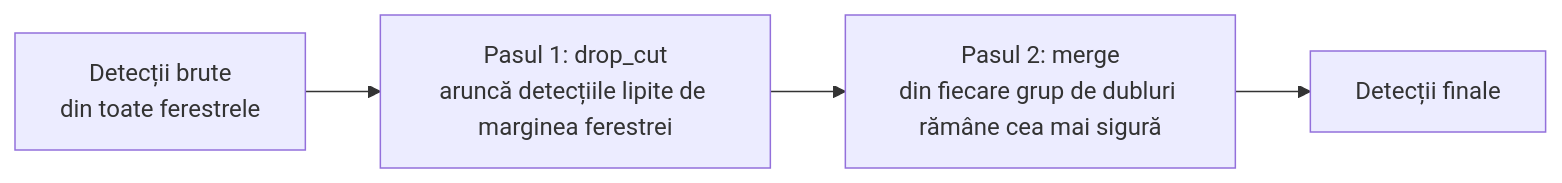
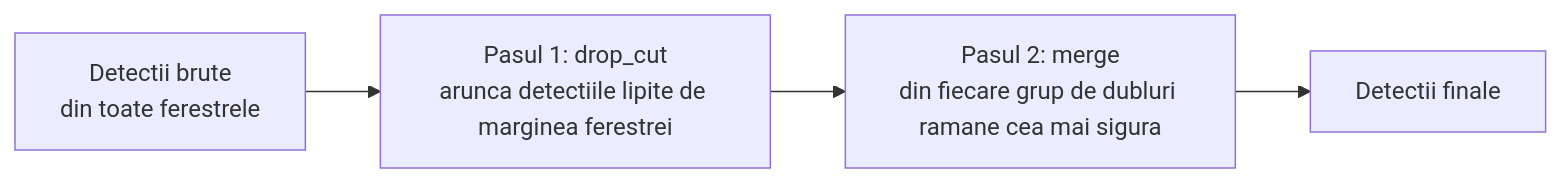
Before and after one commit to zaha27/pi-p: the diagram in docs/pipeline/07-fuziunea-detectiilor.md, drawn with Mermaid. The commit also changed other lines of this file and 57 other files, not shown here.

````diff
--- a/docs/pipeline/07-fuziunea-detectiilor.md
+++ b/docs/pipeline/07-fuziunea-detectiilor.md
@@ -14,9 +14,9 @@
 ```mermaid
 flowchart LR
-    A["Detecții brute
+    A["Detectii brute
 din toate ferestrele"] --> B["Pasul 1: drop_cut
-aruncă detecțiile lipite de marginea ferestrei"]
+arunca detectiile lipite de marginea ferestrei"]
     B --> C["Pasul 2: merge
-din fiecare grup de dubluri rămâne cea mai sigură"]
-    C --> D["Detecții finale"]
+din fiecare grup de dubluri ramane cea mai sigura"]
+    C --> D["Detectii finale"]
 ```
````
